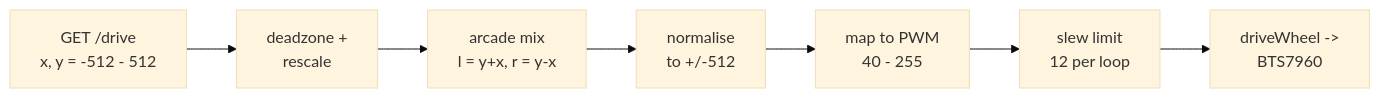
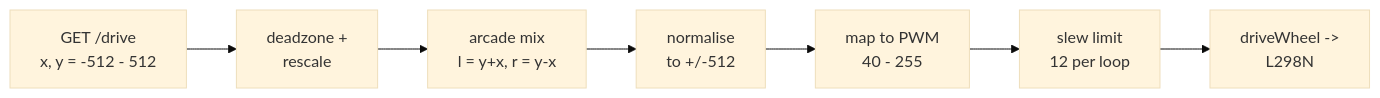
The diagram in wheel-control/README.md (acm-qu/mascot-robot-hardware), drawn with Mermaid (base theme) before and after one commit. The commit also changed other lines of this file and 15 other files, not shown here.

````diff
--- a/wheel-control/README.md
+++ b/wheel-control/README.md
@@ -57,9 +57,9 @@
 ```mermaid
 flowchart LR
   A["GET /drive<br/>x, y = -512 - 512"] --> C["deadzone +<br/>rescale"]
   C --> D["arcade mix<br/>l = y+x, r = y-x"]
   D --> E["normalise<br/>to +/-512"]
   E --> F["map to PWM<br/>40 - 255"]
   F --> G["slew limit<br/>12 per loop"]
-  G --> H["driveWheel -><br/>BTS7960"]
+  G --> H["driveWheel -><br/>L298N"]
 ```
````
